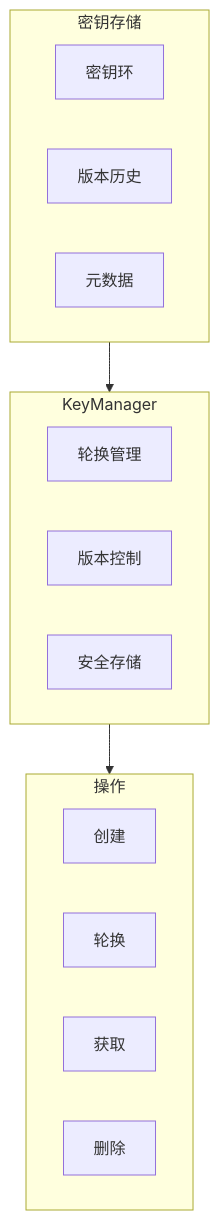
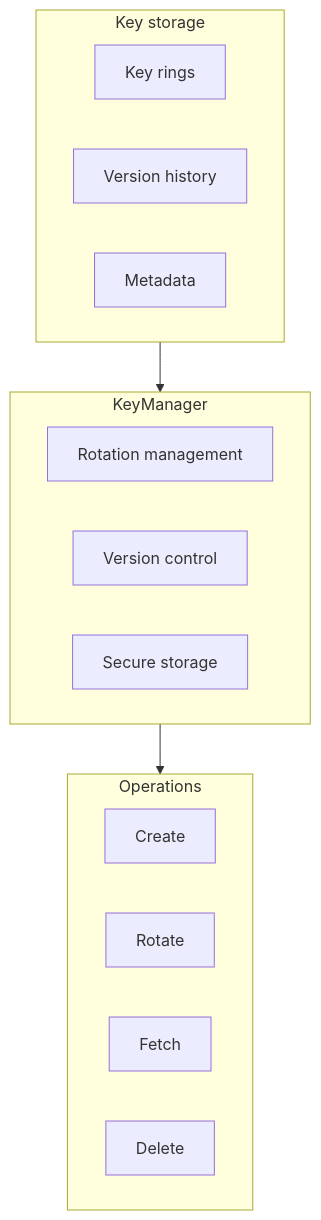
Before and after one commit to Kirky-X/confers: the second of 3 diagrams in docs/en/API_REFERENCE.md, drawn with Mermaid. The commit also changed other lines of this file and 16 other files, not shown here.

````diff
--- a/docs/en/API_REFERENCE.md
+++ b/docs/en/API_REFERENCE.md
@@ -753,24 +753,24 @@
 ```mermaid
 graph TB
-    subgraph Storage ["密钥存储"]
-        A["密钥环"]
-        B["版本历史"]
-        C["元数据"]
+    subgraph Storage ["Key storage"]
+        A["Key rings"]
+        B["Version history"]
+        C["Metadata"]
     end
 
     subgraph Manager ["KeyManager"]
-        D["轮换管理"]
-        E["版本控制"]
-        F["安全存储"]
+        D["Rotation management"]
+        E["Version control"]
+        F["Secure storage"]
     end
 
-    subgraph Operations ["操作"]
-        G["创建"]
-        H["轮换"]
-        I["获取"]
-        J["删除"]
+    subgraph Operations ["Operations"]
+        G["Create"]
+        H["Rotate"]
+        I["Fetch"]
+        J["Delete"]
     end
 
     Storage --> Manager
     Manager --> Operations
 ```
````
